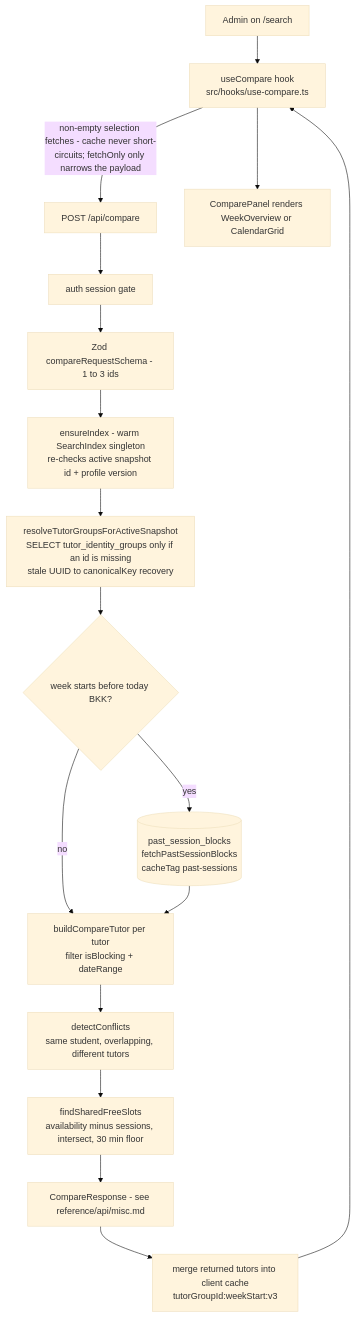
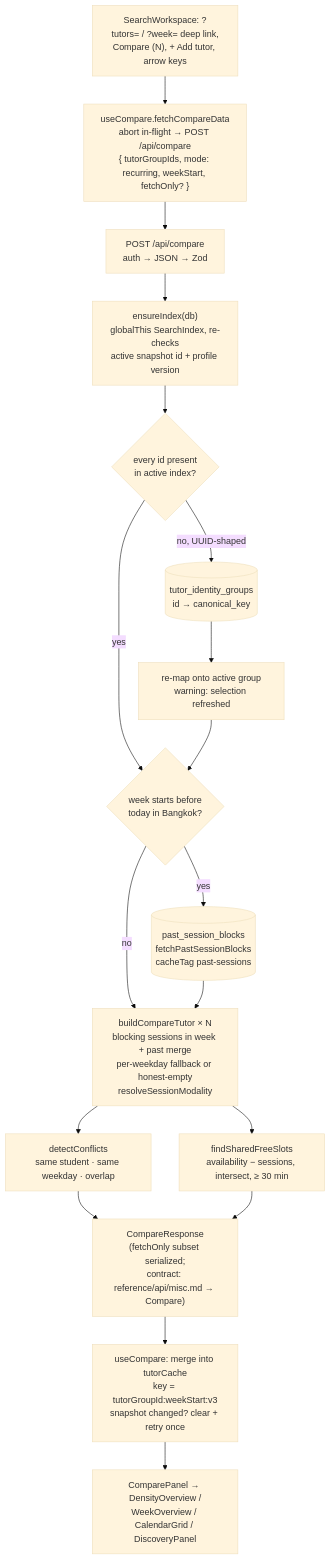
The diagram in docs/features/tutor-compare.md (kasheesh711/bgscheduler), drawn with Mermaid (base theme) before and after one commit. The commit also changed other lines of this file and 95 other files, not shown here.

````diff
--- a/docs/features/tutor-compare.md
+++ b/docs/features/tutor-compare.md
@@ -69,20 +74,20 @@
 ```mermaid
 flowchart TD
-    U[Admin on /search] --> H[useCompare hook<br/>src/hooks/use-compare.ts]
-    H -->|"non-empty selection fetches - cache never short-circuits; fetchOnly only narrows the payload"| R[POST /api/compare]
-
-    R --> A[auth session gate]
-    A --> Z[Zod compareRequestSchema - 1 to 3 ids]
-    Z --> I[ensureIndex - warm SearchIndex singleton<br/>re-checks active snapshot id + profile version]
-    I --> S[resolveTutorGroupsForActiveSnapshot<br/>SELECT tutor_identity_groups only if an id is missing<br/>stale UUID to canonicalKey recovery]
-    S --> W{"week starts before today BKK?"}
-    W -->|yes| P[(past_session_blocks<br/>fetchPastSessionBlocks<br/>cacheTag past-sessions)]
-    W -->|no| B
-    P --> B[buildCompareTutor per tutor<br/>filter isBlocking + dateRange]
-    B --> C[detectConflicts<br/>same student, overlapping, different tutors]
-    C --> F[findSharedFreeSlots<br/>availability minus sessions, intersect, 30 min floor]
-    F --> O[CompareResponse - see reference/api/misc.md]
-    O --> M[merge returned tutors into client cache<br/>tutorGroupId:weekStart:v3]
-    M --> H
-    H --> V[ComparePanel renders WeekOverview or CalendarGrid]
+  A["SearchWorkspace: ?tutors= / ?week= deep link,<br/>Compare (N), + Add tutor, arrow keys"] --> B["useCompare.fetchCompareData<br/>abort in-flight → POST /api/compare<br/>{ tutorGroupIds, mode: recurring, weekStart, fetchOnly? }"]
+  B --> C["POST /api/compare<br/>auth → JSON → Zod"]
+  C --> D["ensureIndex(db)<br/>globalThis SearchIndex, re-checks<br/>active snapshot id + profile version"]
+  D --> E{"every id present<br/>in active index?"}
+  E -- "no, UUID-shaped" --> F[("tutor_identity_groups<br/>id → canonical_key")]
+  F --> G["re-map onto active group<br/>warning: selection refreshed"]
+  E -- yes --> H{"week starts before<br/>today in Bangkok?"}
+  G --> H
+  H -- yes --> I[("past_session_blocks<br/>fetchPastSessionBlocks<br/>cacheTag past-sessions")]
+  H -- no --> J
+  I --> J["buildCompareTutor × N<br/>blocking sessions in week + past merge<br/>per-weekday fallback or honest-empty<br/>resolveSessionModality"]
+  J --> K["detectConflicts<br/>same student · same weekday · overlap"]
+  J --> L["findSharedFreeSlots<br/>availability − sessions, intersect, ≥ 30 min"]
+  K --> M["CompareResponse<br/>(fetchOnly subset serialized;<br/>contract: reference/api/misc.md → Compare)"]
+  L --> M
+  M --> N["useCompare: merge into tutorCache<br/>key = tutorGroupId:weekStart:v3<br/>snapshot changed? clear + retry once"]
+  N --> O["ComparePanel → DensityOverview /<br/>WeekOverview / CalendarGrid / DiscoveryPanel"]
 ```
````
